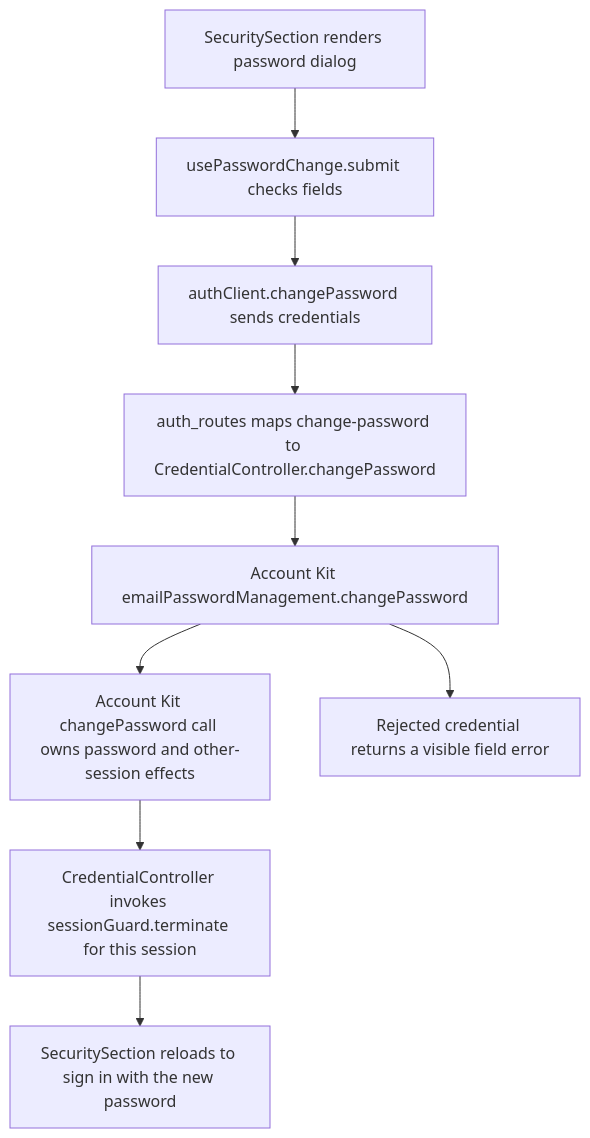
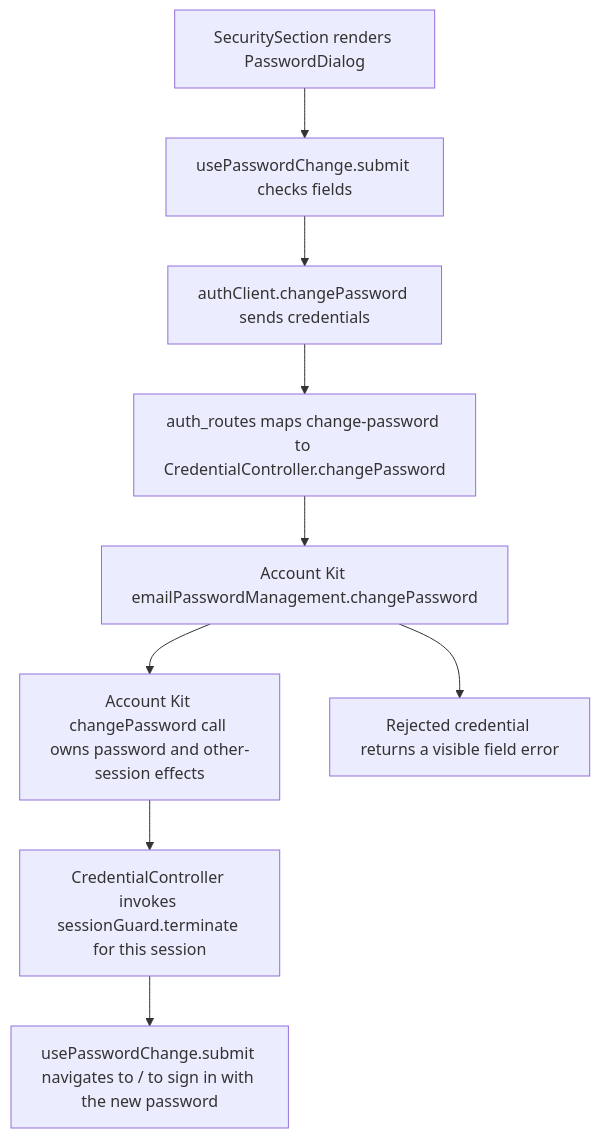
The second of 2 diagrams in user-stories/account/US-ACCOUNT-02-password-change.md (Kevinjohn/capacitylens), drawn with Mermaid before and after one commit. The commit also changed 119 other files, not shown here.

First line of the commit message:
docs: correct story text and flow diagrams against current source

````diff
--- a/user-stories/account/US-ACCOUNT-02-password-change.md
+++ b/user-stories/account/US-ACCOUNT-02-password-change.md
@@ -34,11 +34,11 @@
 ```mermaid
 flowchart TD
-  dialog["SecuritySection renders password dialog"] --> submit["usePasswordChange.submit checks fields"]
+  dialog["SecuritySection renders PasswordDialog"] --> submit["usePasswordChange.submit checks fields"]
   submit --> client["authClient.changePassword sends credentials"]
   client --> route["auth_routes maps change-password to CredentialController.changePassword"]
   route --> kit["Account Kit emailPasswordManagement.changePassword"]
   kit --> sessions["Account Kit changePassword call owns password and other-session effects"]
   sessions --> session["CredentialController invokes sessionGuard.terminate for this session"]
-  session --> reload["SecuritySection reloads to sign in with the new password"]
+  session --> reload["usePasswordChange.submit navigates to / to sign in with the new password"]
   kit --> error["Rejected credential returns a visible field error"]
 ```
````
